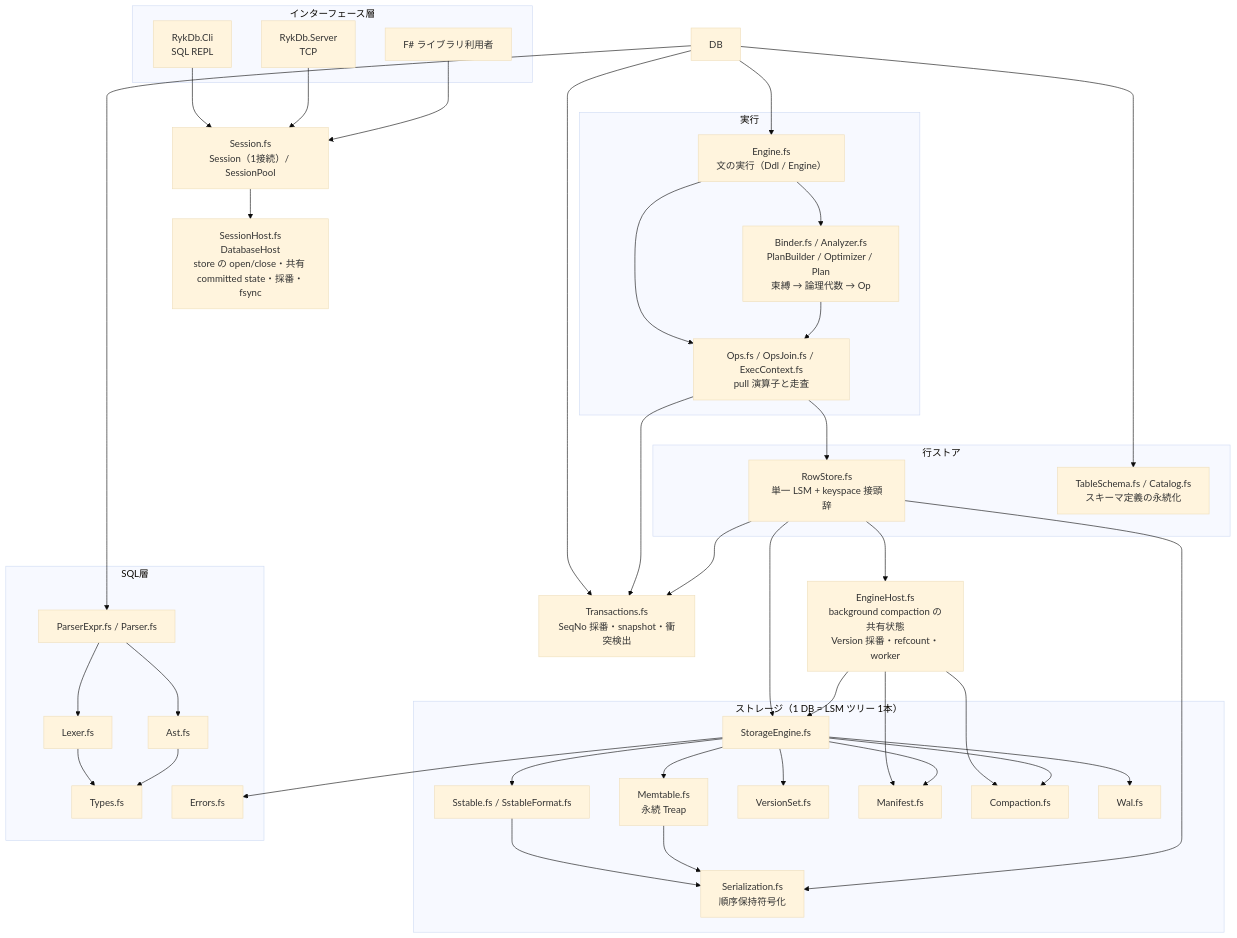
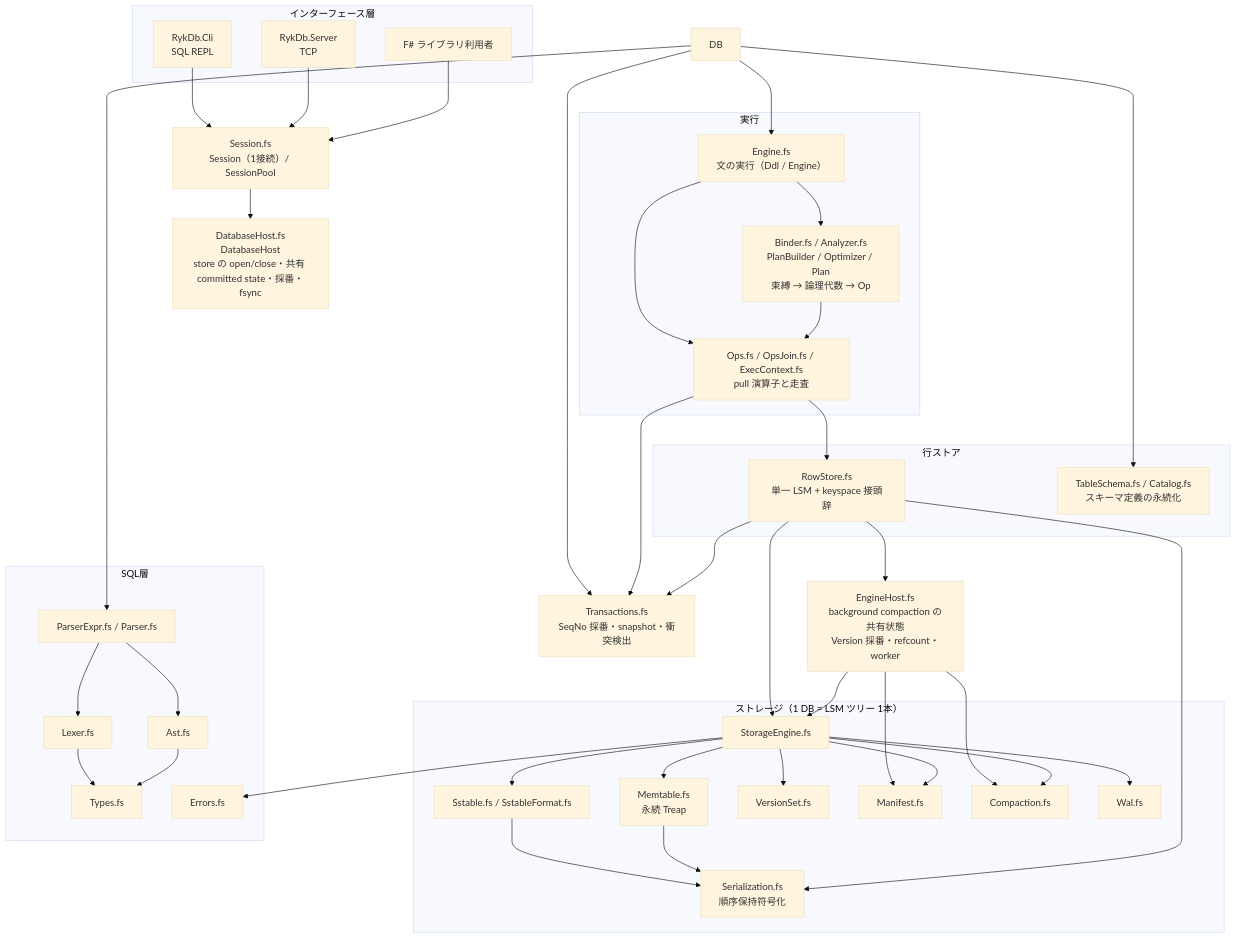
Before and after one commit to nwtks/rykdb: the first of 2 diagrams in docs/architecture.md, drawn with Mermaid (base theme). The commit also changed other lines of this file and 34 other files, not shown here.

Commit message:
Rename SessionHost to DatabaseHost and consolidate Manifest module into VersionSet; move shared test helpers to TestHelpers, update docs/tests accordingly.

````diff
--- a/docs/architecture.md
+++ b/docs/architecture.md
@@ -30,79 +30,79 @@
 ```mermaid
 flowchart TB
     subgraph IF["インターフェース層"]
         CLI["RykDb.Cli<br/>SQL REPL"]
         SRV["RykDb.Server<br/>TCP"]
         LIB["F# ライブラリ利用者"]
     end
 
     SESS["Session.fs<br/>Session（1接続）/ SessionPool"]
-    HOST["SessionHost.fs<br/>DatabaseHost<br/>store の open/close・共有 committed state・採番・fsync"]
+    HOST["DatabaseHost.fs<br/>DatabaseHost<br/>store の open/close・共有 committed state・採番・fsync"]
     SESS --> HOST
 
     subgraph EX["実行"]
         EN["Engine.fs<br/>文の実行（Ddl / Engine）"]
         PL["Binder.fs / Analyzer.fs<br/>PlanBuilder / Optimizer / Plan<br/>束縛 → 論理代数 → Op"]
         OPS["Ops.fs / OpsJoin.fs / ExecContext.fs<br/>pull 演算子と走査"]
     end
 
     subgraph ROW["行ストア"]
         RS["RowStore.fs<br/>単一 LSM + keyspace 接頭辞"]
         CAT["TableSchema.fs / Catalog.fs<br/>スキーマ定義の永続化"]
     end
 
     EHOST["EngineHost.fs<br/>background compaction の共有状態<br/>Version 採番・refcount・worker"]
 
     MVCC["Transactions.fs<br/>SeqNo 採番・snapshot・衝突検出"]
 
     subgraph ST["ストレージ（1 DB = LSM ツリー 1本）"]
         SE["StorageEngine.fs"]
         MEM["Memtable.fs<br/>永続 Treap"]
         SST["Sstable.fs / SstableFormat.fs"]
         VS["VersionSet.fs"]
         MF["Manifest.fs"]
         CO["Compaction.fs"]
         WAL["Wal.fs"]
         SER["Serialization.fs<br/>順序保持符号化"]
     end
 
     subgraph FE["SQL層"]
         P["ParserExpr.fs / Parser.fs"]
         L["Lexer.fs"]
         A["Ast.fs"]
         T["Types.fs"]
         E["Errors.fs"]
     end
 
     CLI --> SESS
     SRV --> SESS
     LIB --> SESS
     DB --> EN
     DB --> CAT
     DB --> MVCC
     EN --> PL
     EN --> OPS
     PL --> OPS
     OPS --> RS
     OPS --> MVCC
     RS --> SE
     RS --> MVCC
     RS --> EHOST
     EHOST --> SE
     EHOST --> CO
     EHOST --> MF
     SE --> MEM
     SE --> SST
     SE --> VS
     SE --> MF
     SE --> CO
     SE --> WAL
     SST --> SER
     MEM --> SER
     RS --> SER
     DB --> P
     P --> L
     P --> A
     L --> T
     A --> T
     SE --> E
 ```
````
